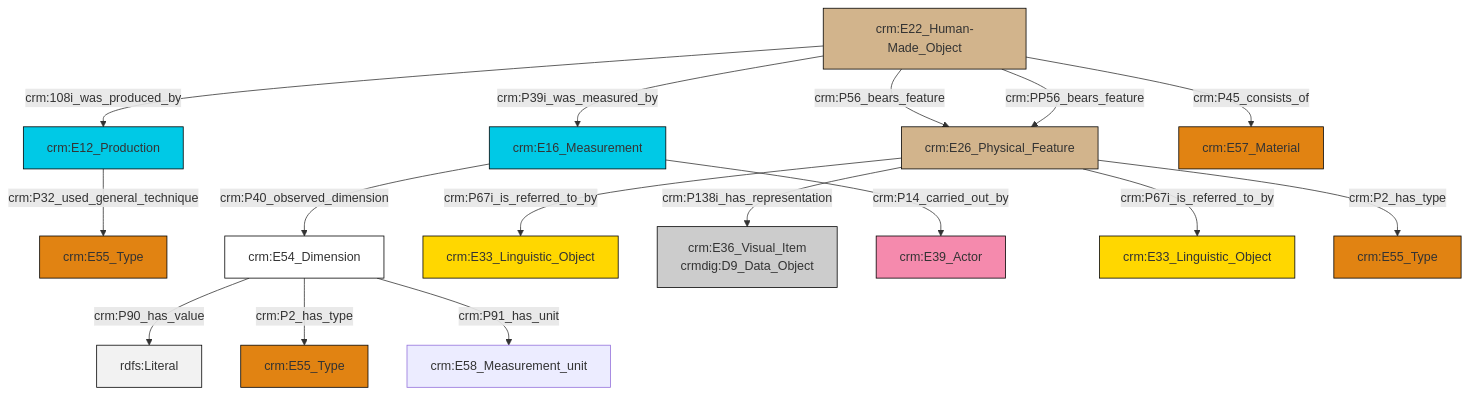
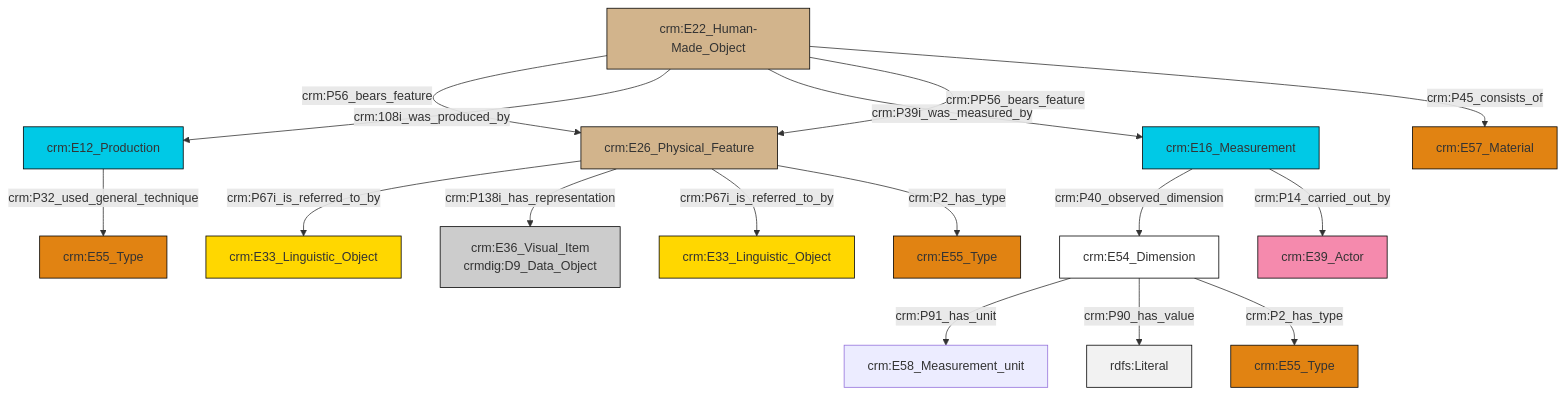
One commit to swiss-art-research-net/docs.swissartresearch changed the diagram in et/carrierCSV/ttl/mmd/carrier_substance.ttl.mmd. Above: the diagram before and after it, drawn with Mermaid. The commit also changed 179 other files, not shown here.

```diff
--- a/et/carrierCSV/ttl/mmd/carrier_substance.ttl.mmd
+++ b/et/carrierCSV/ttl/mmd/carrier_substance.ttl.mmd
@@ -1,30 +1,30 @@
 graph TD
 classDef Literal fill:#f2f2f2,stroke:#000000;
 classDef CRM_Entity fill:#FFFFFF,stroke:#000000;
 classDef Temporal_Entity fill:#00C9E6, stroke:#000000;
 classDef Type fill:#E18312, stroke:#000000;
 classDef Time-Span fill:#2C9C91, stroke:#000000;
 classDef Appellation fill:#FFEB7F, stroke:#000000;
 classDef Place fill:#008836, stroke:#000000;
 classDef Persistent_Item fill:#B266B2, stroke:#000000;
 classDef Conceptual_Object fill:#FFD700, stroke:#000000;
 classDef Physical_Thing fill:#D2B48C, stroke:#000000;
 classDef Actor fill:#f58aad, stroke:#000000;
 classDef PC_Classes fill:#4ce600, stroke:#000000;
 classDef Multi fill:#cccccc,stroke:#000000;
 
-0["crm:E22_Human-Made_Object"]:::Physical_Thing -->|crm:108i_was_produced_by| 1["crm:E12_Production"]:::Temporal_Entity
-1["crm:E12_Production"]:::Temporal_Entity -->|crm:P32_used_general_technique| 2["crm:E55_Type"]:::Type
-3["crm:E54_Dimension"]:::CRM_Entity -->|crm:P90_has_value| 9[rdfs:Literal]:::Literal
-10["crm:E16_Measurement"]:::Temporal_Entity -->|crm:P14_carried_out_by| 11["crm:E39_Actor"]:::Actor
-0["crm:E22_Human-Made_Object"]:::Physical_Thing -->|crm:P56_bears_feature| 13["crm:E26_Physical_Feature"]:::Physical_Thing
-0["crm:E22_Human-Made_Object"]:::Physical_Thing -->|crm:P45_consists_of| 15["crm:E57_Material"]:::Type
-10["crm:E16_Measurement"]:::Temporal_Entity -->|crm:P40_observed_dimension| 3["crm:E54_Dimension"]:::CRM_Entity
-3["crm:E54_Dimension"]:::CRM_Entity -->|crm:P2_has_type| 18["crm:E55_Type"]:::Type
-13["crm:E26_Physical_Feature"]:::Physical_Thing -->|crm:P2_has_type| 19["crm:E55_Type"]:::Type
-3["crm:E54_Dimension"]:::CRM_Entity -->|crm:P91_has_unit| 21["crm:E58_Measurement_unit"]:::Default
-13["crm:E26_Physical_Feature"]:::Physical_Thing -->|crm:P67i_is_referred_to_by| 5["crm:E33_Linguistic_Object"]:::Conceptual_Object
-13["crm:E26_Physical_Feature"]:::Physical_Thing -->|crm:P138i_has_representation| 7["crm:E36_Visual_Item<br>crmdig:D9_Data_Object"]:::Multi
-13["crm:E26_Physical_Feature"]:::Physical_Thing -->|crm:P67i_is_referred_to_by| 16["crm:E33_Linguistic_Object"]:::Conceptual_Object
-0["crm:E22_Human-Made_Object"]:::Physical_Thing -->|crm:P39i_was_measured_by| 10["crm:E16_Measurement"]:::Temporal_Entity
-0["crm:E22_Human-Made_Object"]:::Physical_Thing -->|crm:PP56_bears_feature| 13["crm:E26_Physical_Feature"]:::Physical_Thing
+2["crm:E16_Measurement"]:::Temporal_Entity -->|crm:P40_observed_dimension| 3["crm:E54_Dimension"]:::CRM_Entity
+4["crm:E22_Human-Made_Object"]:::Physical_Thing -->|crm:P56_bears_feature| 5["crm:E26_Physical_Feature"]:::Physical_Thing
+4["crm:E22_Human-Made_Object"]:::Physical_Thing -->|crm:108i_was_produced_by| 6["crm:E12_Production"]:::Temporal_Entity
+5["crm:E26_Physical_Feature"]:::Physical_Thing -->|crm:P67i_is_referred_to_by| 7["crm:E33_Linguistic_Object"]:::Conceptual_Object
+4["crm:E22_Human-Made_Object"]:::Physical_Thing -->|crm:P39i_was_measured_by| 2["crm:E16_Measurement"]:::Temporal_Entity
+3["crm:E54_Dimension"]:::CRM_Entity -->|crm:P91_has_unit| 10["crm:E58_Measurement_unit"]:::Default
+4["crm:E22_Human-Made_Object"]:::Physical_Thing -->|crm:PP56_bears_feature| 5["crm:E26_Physical_Feature"]:::Physical_Thing
+6["crm:E12_Production"]:::Temporal_Entity -->|crm:P32_used_general_technique| 13["crm:E55_Type"]:::Type
+3["crm:E54_Dimension"]:::CRM_Entity -->|crm:P90_has_value| 15[rdfs:Literal]:::Literal
+2["crm:E16_Measurement"]:::Temporal_Entity -->|crm:P14_carried_out_by| 18["crm:E39_Actor"]:::Actor
+5["crm:E26_Physical_Feature"]:::Physical_Thing -->|crm:P138i_has_representation| 16["crm:E36_Visual_Item<br>crmdig:D9_Data_Object"]:::Multi
+3["crm:E54_Dimension"]:::CRM_Entity -->|crm:P2_has_type| 19["crm:E55_Type"]:::Type
+5["crm:E26_Physical_Feature"]:::Physical_Thing -->|crm:P67i_is_referred_to_by| 0["crm:E33_Linguistic_Object"]:::Conceptual_Object
+4["crm:E22_Human-Made_Object"]:::Physical_Thing -->|crm:P45_consists_of| 22["crm:E57_Material"]:::Type
+5["crm:E26_Physical_Feature"]:::Physical_Thing -->|crm:P2_has_type| 25["crm:E55_Type"]:::Type
```
